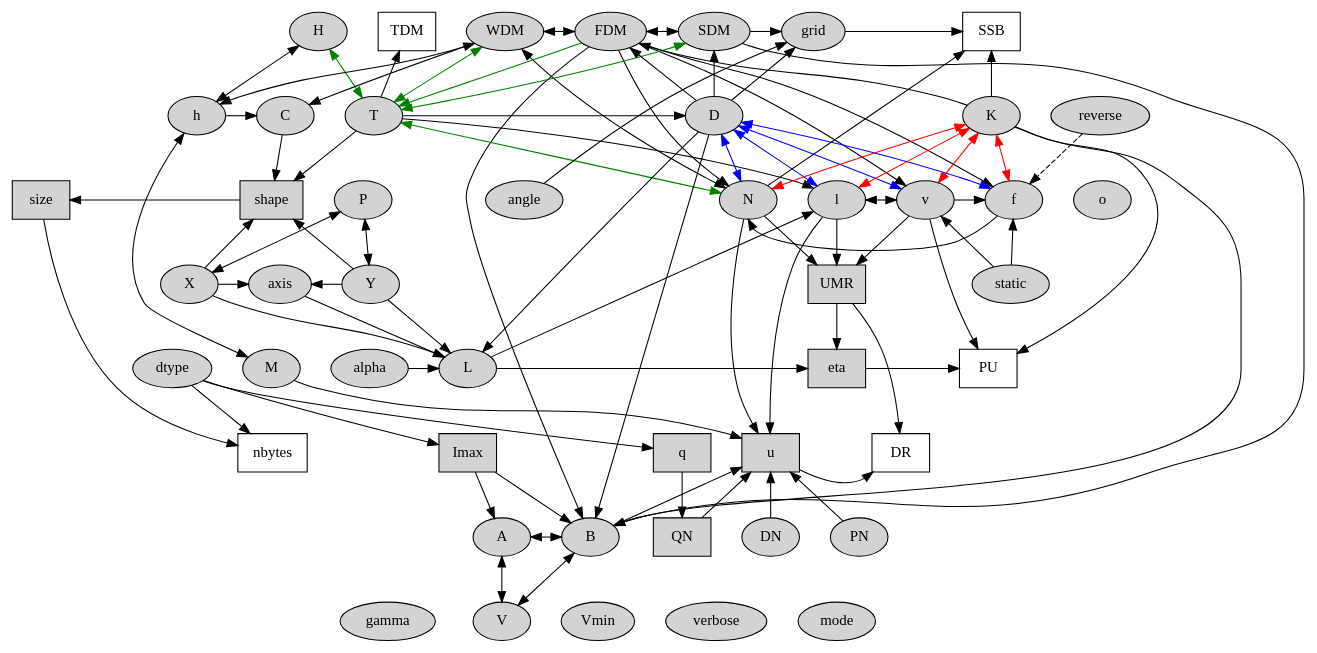
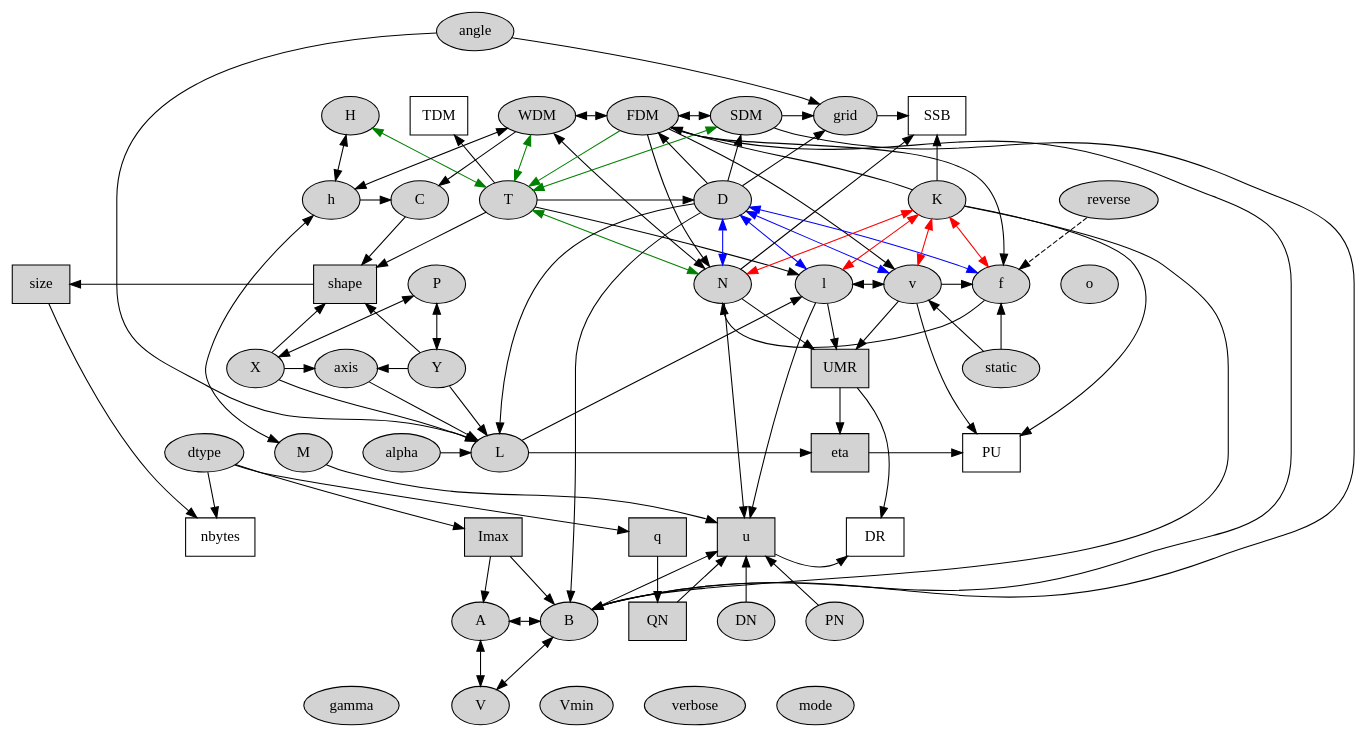
One commit to comimag/Fringes changed the diagram in docs/interdependencies.dot. Above: the diagram before and after it, drawn with Graphviz. The commit also changed 7 other files, not shown here.

```diff
--- a/docs/interdependencies.dot
+++ b/docs/interdependencies.dot
@@ -1,118 +1,119 @@
 digraph G {
     graph [compound=True]
     node [style=filled]
     nodesep=0.4  // default: 0.25
     ranksep=0.6  // default: 0.5
 
     {rank=same; H -> TDM -> WDM -> FDM -> SDM -> grid -> SSB[style=invis][group=1]}
     {rank=same; h -> C -> T -> D -> K -> reverse[style=invis][group=2]}
-    {rank=same; size -> shape -> P -> angle -> N -> l -> v -> f -> o[style=invis][group=3]}
+    {rank=same; size -> shape -> P -> N -> l -> v -> f -> o[style=invis][group=3]}
     {rank=same; X -> axis -> Y -> UMR -> static[style=invis][group=4]}
     {rank=same; dtype -> M -> alpha -> L -> eta -> PU[style=invis][group=5]}
     //{rank=same; dtype -> M -> angle[style=invis][group=6]}
     {rank=same; nbytes -> Imax -> q -> u -> DR[style=invis][group=7]}
     {rank=same; A -> B -> QN -> DN -> PN[style=invis][group=8]}
     {rank=same; gamma -> V -> Vmin -> verbose -> mode[style=invis][group=9]}
 
     SSB[shape=box][fillcolor=white]
 
     H -> {T} [dir=both][color=green]
     TDM -> WDM [style=invis]
     H -> {h} [dir=both]
     WDM -> C[shape=box]
     WDM -> h[dir=both]
     WDM:se -> N[dir=both]
     WDM:e -> FDM [weight=3][dir=both]
     WDM -> T[dir=both][color=green]
     FDM -> {N v f}
     FDM -> T [color=green]
     FDM:e -> SDM [weight=1][dir=both]
     SDM -> T[dir=both][color=green]
     SDM:e -> grid
     SDM -> B
     FDM -> B
     grid:e -> SSB
 
     C -> shape
     h:e -> C
     h -> M [dir=both]
     h -> size [style=invis]
 //    T -> {D K} [constraint=false]
     T -> {TDM shape l}
     T:e -> D
     T -> N [dir=both][color=green]
     D -> {FDM SDM grid L B}
     D -> {N l v f}[dir=both][color=blue]
     K -> {N l v f}[dir=both][color=red]
     K -> {FDM B PU}
     K -> SSB [weight=5]
     reverse -> f [style=dashed]
 
     N -> {SSB UMR}
     l -> UMR [weight=13]
     l:e -> v [dir=both]
     v:e -> f
     v -> {UMR PU}
     f -> N:s
 
     P -> X [dir=both]
     P -> Y [dir=both]
     X:e -> axis
     X -> {shape L}
     Y -> {shape L}
     Y:w -> axis
     axis -> L
     UMR -> {eta DR}
     static -> {v f}
 
     M -> u
     alpha:e -> L
+    angle -> L
     L:e -> eta
     L -> l
     eta:e -> PU
 
     u -> DR:sw [constraint=false]
 
     dtype -> {Imax q nbytes}
 
     Imax -> A
     Imax -> B [weight=2]
     q -> QN [weight=2]
     nbytes -> gamma [style=invis]
     Vmin
     verbose
     mode
     o
 
     A:e -> B [dir=both]
     A -> V [dir=both][weight=3]
     B -> V [dir=both]
     B -> u
     QN -> u
     DN -> u [weight=2]
     PN -> u
 
     size -> nbytes
     //shape -> size
     size:e -> shape [dir=back][constraint=false]
     shape -> axis [style=invis]
 
     N -> u
     l -> u
     angle -> grid
 
     shape[shape=box]
     size[shape=box]
     nbytes[shape=box][fillcolor=white]
     Imax[shape=box]
     q[shape=box]
 //    Q[shape=box]
     QN[shape=box]
     UMR[shape=box]
     eta[shape=box]
     u[shape=box]
     TDM[shape=box][fillcolor=white]
     //L[shape=box]
     DR[shape=box][fillcolor=white]
     PU[shape=box][fillcolor=white]
 }
```
